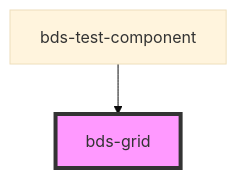
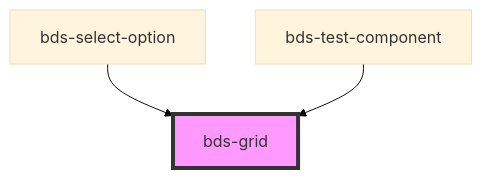
The diagram in src/components/grid/readme.md (takenet/blip-ds), drawn with Mermaid (base theme) before and after one commit. The commit also changed other lines of this file and 12 other files, not shown here.

````diff
--- a/src/components/grid/readme.md
+++ b/src/components/grid/readme.md
@@ -43,5 +44,6 @@
 ```mermaid
 graph TD;
+  bds-select-option --> bds-grid
   bds-test-component --> bds-grid
   style bds-grid fill:#f9f,stroke:#333,stroke-width:4px
 ```
````
